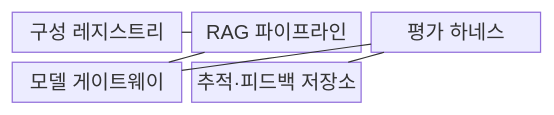
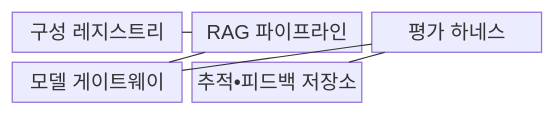
One commit to agnusdei1207/knowledge-base changed the first of 2 diagrams in src/content/docs/notes/08-latest-tech/129_llmops.md. Above: the diagram before and after it, drawn with Mermaid. The commit also changed other lines of this file and 953 other files, not shown here.

````diff
--- a/src/content/docs/notes/08-latest-tech/129_llmops.md
+++ b/src/content/docs/notes/08-latest-tech/129_llmops.md
@@ -70,13 +70,13 @@
 ```mermaid
 block-beta
   columns 3
   registry["구성 레지스트리"]
   rag["RAG 파이프라인"]
   harness["평가 하네스"]
   gateway["모델 게이트웨이"]
-  trace["추적·피드백 저장소"]
+  trace["추적•피드백 저장소"]
   registry --- rag
   rag --- gateway
   gateway --- harness
   harness --- trace
 ```
````
